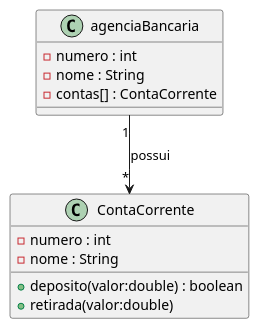
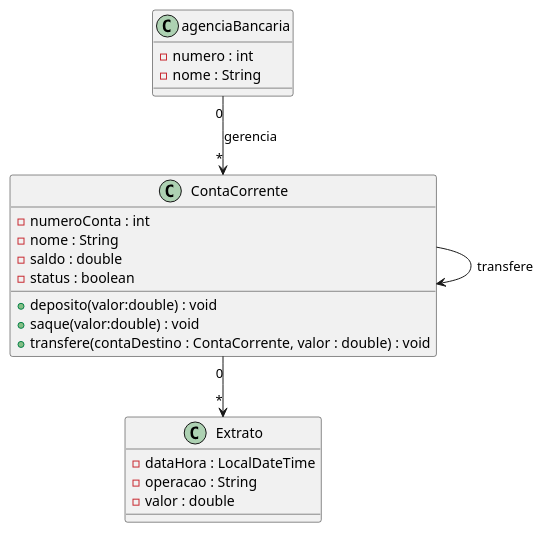
The diagram in classes-conta.puml (DrakRosmann/POO_2026), drawn with PlantUML before and after one commit.

Commit message:
update puml

```diff
--- a/classes-conta.puml
+++ b/classes-conta.puml
@@ -1,16 +1,25 @@
 @startuml
 class ContaCorrente{
-    - numero : int
+    - numeroConta : int
     - nome : String
-    + deposito(valor:double) : boolean
-    + retirada(valor:double)
-
+    - saldo : double
+    - status : boolean
+    + deposito(valor:double) : void
+    + saque(valor:double) : void
+    + transfere(contaDestino : ContaCorrente, valor : double) : void
+}
+class Extrato{
+    - dataHora : LocalDateTime
+    - operacao : String
+    - valor : double
 }
 
 class agenciaBancaria{
     - numero : int
     - nome : String
-    - contas[] : ContaCorrente
 }
-agenciaBancaria "1"--> "*" ContaCorrente : possui
+
+ContaCorrente "0" --> "*" Extrato
+ContaCorrente --> ContaCorrente : transfere
+agenciaBancaria "0"--> "*" ContaCorrente : gerencia
 @enduml
```
